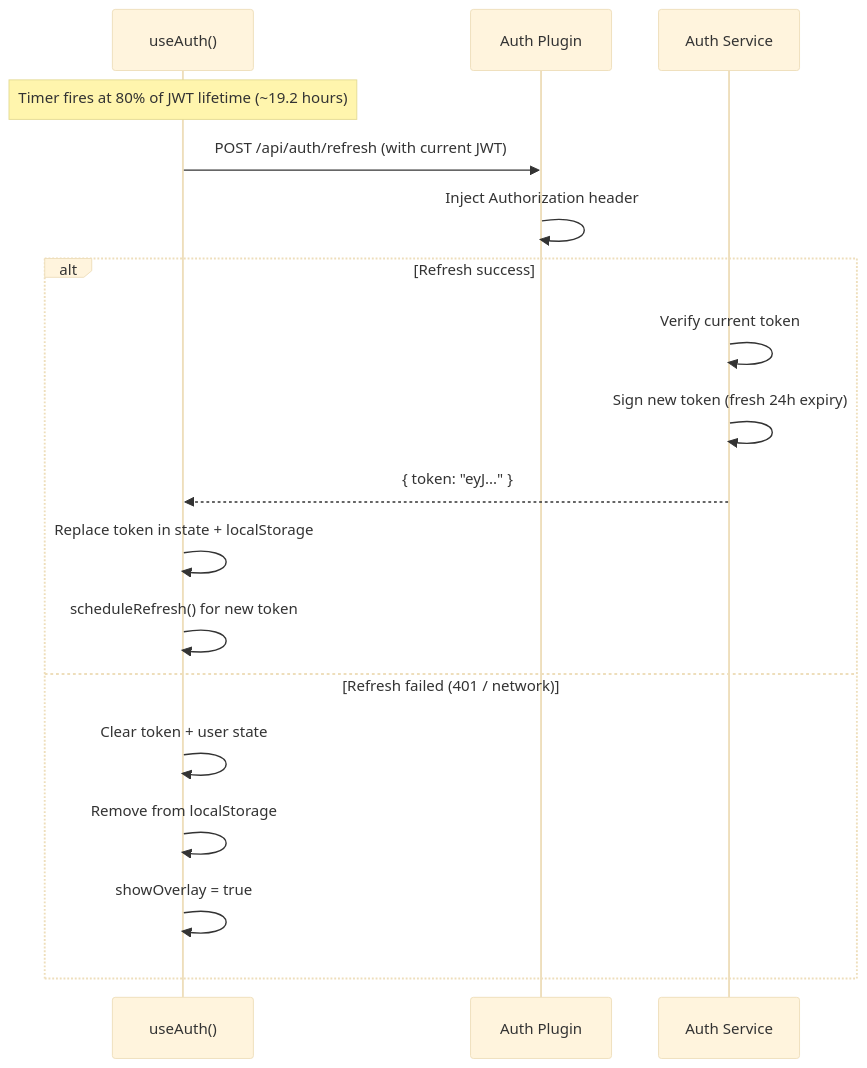
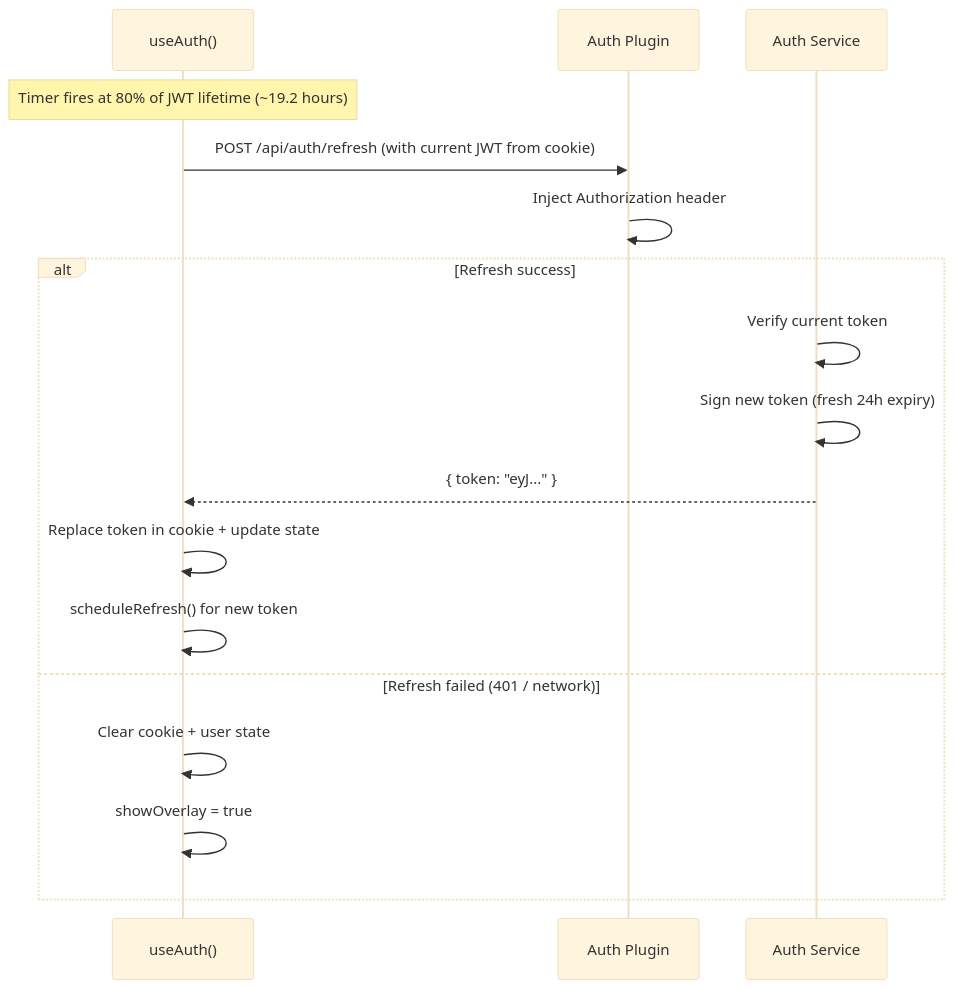
The fifth of 7 diagrams in .kiro/specs/pin-auth-jwt/design.md (XanderLuciano/shop-planr), drawn with Mermaid (base theme) before and after one commit. The commit also changed other lines of this file and 6 other files, not shown here.

````diff
--- a/.kiro/specs/pin-auth-jwt/design.md
+++ b/.kiro/specs/pin-auth-jwt/design.md
@@ -616,21 +680,20 @@
 ```mermaid
 sequenceDiagram
     participant AC as useAuth()
     participant AP as Auth Plugin
     participant AS as Auth Service
 
     Note over AC: Timer fires at 80% of JWT lifetime (~19.2 hours)
-    AC->>AP: POST /api/auth/refresh (with current JWT)
+    AC->>AP: POST /api/auth/refresh (with current JWT from cookie)
     AP->>AP: Inject Authorization header
     alt Refresh success
         AS->>AS: Verify current token
         AS->>AS: Sign new token (fresh 24h expiry)
         AS-->>AC: { token: "eyJ..." }
-        AC->>AC: Replace token in state + localStorage
+        AC->>AC: Replace token in cookie + update state
         AC->>AC: scheduleRefresh() for new token
     else Refresh failed (401 / network)
-        AC->>AC: Clear token + user state
-        AC->>AC: Remove from localStorage
+        AC->>AC: Clear cookie + user state
         AC->>AC: showOverlay = true
     end
 ```
````
